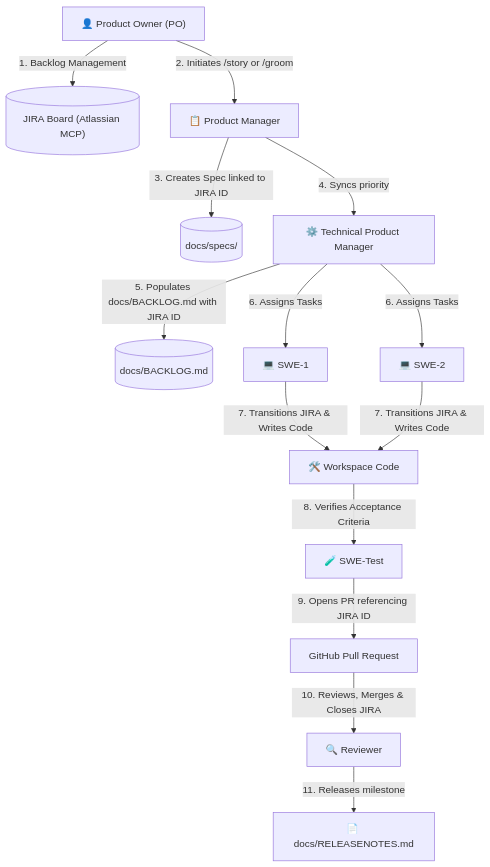
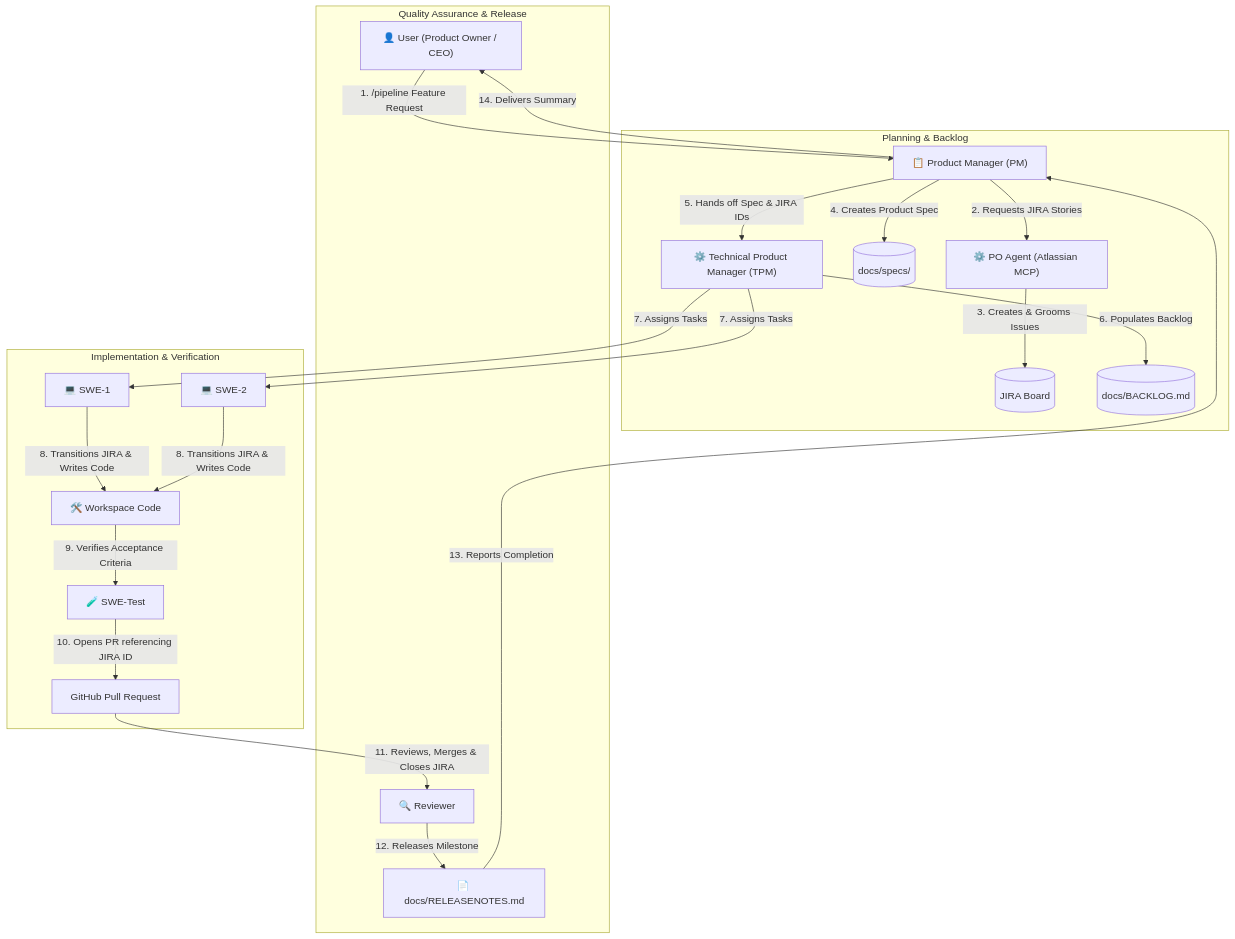
The diagram in README.md (gitrey/scion-appteam), drawn with Mermaid before and after one commit.

Commit message:
docs(readme): refactor agile team workflow diagram to accurately place PM and PO agents
- Differentiate between the human User (Product Owner / CEO) and the automated PO Agent.
- Position the PM Agent as the main entry point and orchestrator of feature requests.
- Group the workflow logically into Planning & Backlog, Implementation & Verification, and Quality Assurance & Release subgraphs.

````diff
--- a/README.md
+++ b/README.md
@@ -36,16 +36,28 @@
 ```mermaid
 graph TD
-    PO["👤 Product Owner (PO)"] -->|1. Backlog Management| JIRA[("JIRA Board (Atlassian MCP)")]
-    PO -->|2. Initiates /story or /groom| PM["📋 Product Manager"]
-    PM -->|3. Creates Spec linked to JIRA ID| Spec[("docs/specs/")]
-    PM -->|4. Syncs priority| TPM["⚙️ Technical Product Manager"]
-    TPM -->|5. Populates docs/BACKLOG.md with JIRA ID| Backlog[("docs/BACKLOG.md")]
-    TPM -->|6. Assigns Tasks| SWE1["💻 SWE-1"]
-    TPM -->|6. Assigns Tasks| SWE2["💻 SWE-2"]
-    SWE1 -->|7. Transitions JIRA & Writes Code| Codebase["🛠️ Workspace Code"]
-    SWE2 -->|7. Transitions JIRA & Writes Code| Codebase
-    Codebase -->|8. Verifies Acceptance Criteria| Test["🧪 SWE-Test"]
-    Test -->|9. Opens PR referencing JIRA ID| PR["GitHub Pull Request"]
-    PR -->|10. Reviews, Merges & Closes JIRA| Reviewer["🔍 Reviewer"]
-    Reviewer -->|11. Releases milestone| Release["📄 docs/RELEASENOTES.md"]
+    User["👤 User (Product Owner / CEO)"] -->|1. /pipeline Feature Request| PM["📋 Product Manager (PM)"]
+    
+    subgraph "Planning & Backlog"
+        PM -->|2. Requests JIRA Stories| PO["⚙️ PO Agent (Atlassian MCP)"]
+        PO -->|3. Creates & Grooms Issues| JIRA[("JIRA Board")]
+        PM -->|4. Creates Product Spec| Spec[("docs/specs/")]
+        PM -->|5. Hands off Spec & JIRA IDs| TPM["⚙️ Technical Product Manager (TPM)"]
+        TPM -->|6. Populates Backlog| Backlog[("docs/BACKLOG.md")]
+    end
+    
+    subgraph "Implementation & Verification"
+        TPM -->|7. Assigns Tasks| SWE1["💻 SWE-1"]
+        TPM -->|7. Assigns Tasks| SWE2["💻 SWE-2"]
+        SWE1 -->|8. Transitions JIRA & Writes Code| Codebase["🛠️ Workspace Code"]
+        SWE2 -->|8. Transitions JIRA & Writes Code| Codebase
+        Codebase -->|9. Verifies Acceptance Criteria| Test["🧪 SWE-Test"]
+        Test -->|10. Opens PR referencing JIRA ID| PR["GitHub Pull Request"]
+    end
+    
+    subgraph "Quality Assurance & Release"
+        PR -->|11. Reviews, Merges & Closes JIRA| Reviewer["🔍 Reviewer"]
+        Reviewer -->|12. Releases Milestone| Release["📄 docs/RELEASENOTES.md"]
+        Release -->|13. Reports Completion| PM
+        PM -->|14. Delivers Summary| User
+    end
 ```
````
